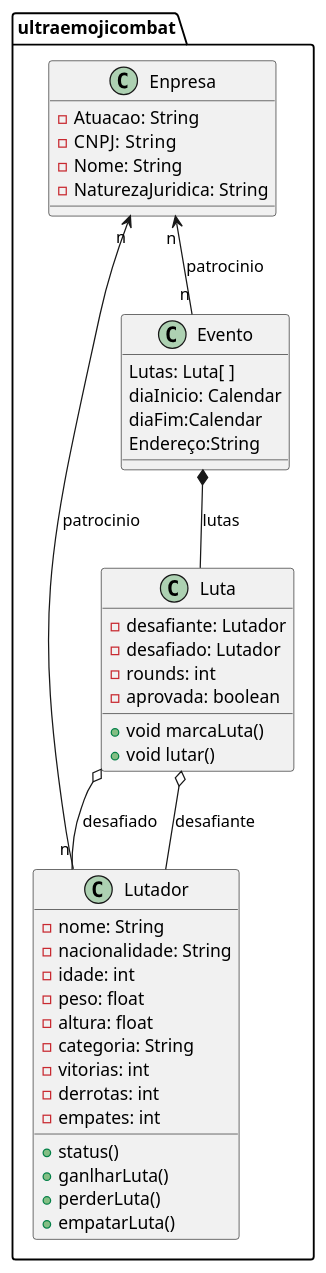
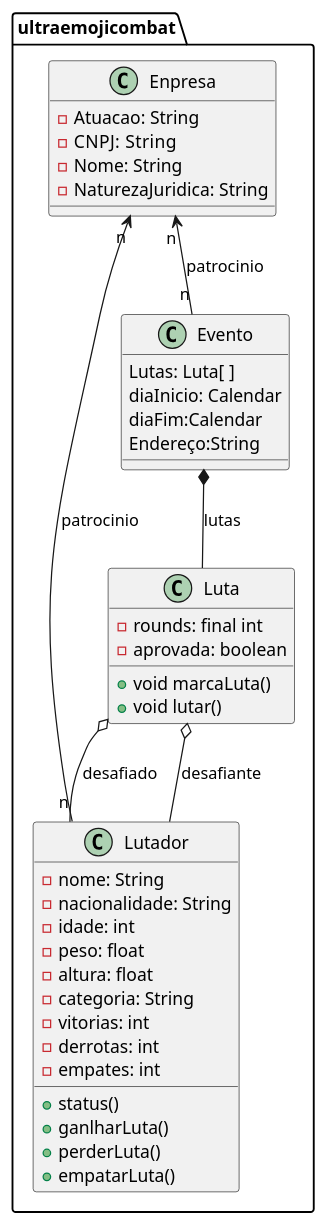
The diagram in exercicio.wsd (guisiq/ultraemojicombat), drawn with PlantUML before and after one commit.

```diff
--- a/exercicio.wsd
+++ b/exercicio.wsd
@@ -1,47 +1,45 @@
 @startuml exercicio
 package  ultraemojicombat <<folder>>{
 
     class Lutador{
         - nome: String
         - nacionalidade: String
         - idade: int   
         - peso: float 
         - altura: float 
         - categoria: String
         - vitorias: int   
         - derrotas: int   
         - empates: int   
 
         + status()
         + ganlharLuta()
         + perderLuta()
         + empatarLuta()    
     }
     class Luta{
-        - desafiante: Lutador
-        - desafiado: Lutador
-        - rounds: int
+        - rounds: final int
         - aprovada: boolean
 
         + void marcaLuta()
         + void lutar()
     }
     class Enpresa{
         - Atuacao: String
         - CNPJ:  String
         - Nome: String
         - NaturezaJuridica: String
     }
     class Evento{
         Lutas: Luta[ ]
         diaInicio: Calendar
         diaFim:Calendar
         Endereço:String
     }
     Evento *-- Luta: lutas
     Luta o-- Lutador: desafiado
     Luta o-- Lutador: desafiante
     Enpresa "n" <-- "n" Lutador :patrocinio
     Enpresa "n" <-- "n" Evento  :patrocinio
 }
 @enduml
```
